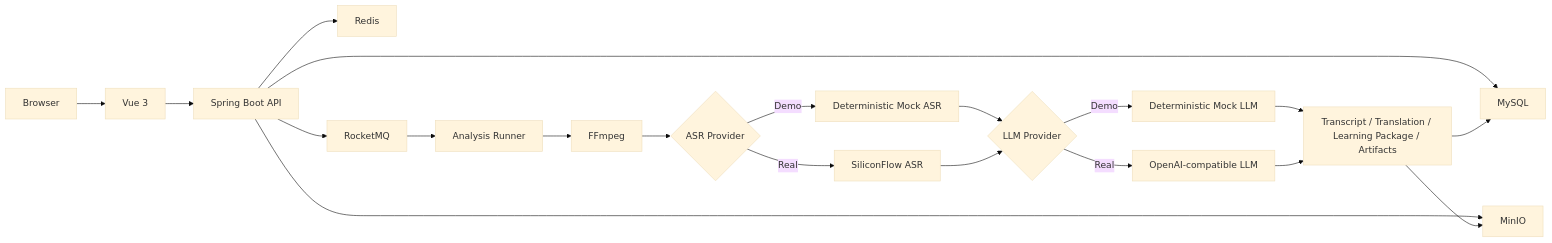
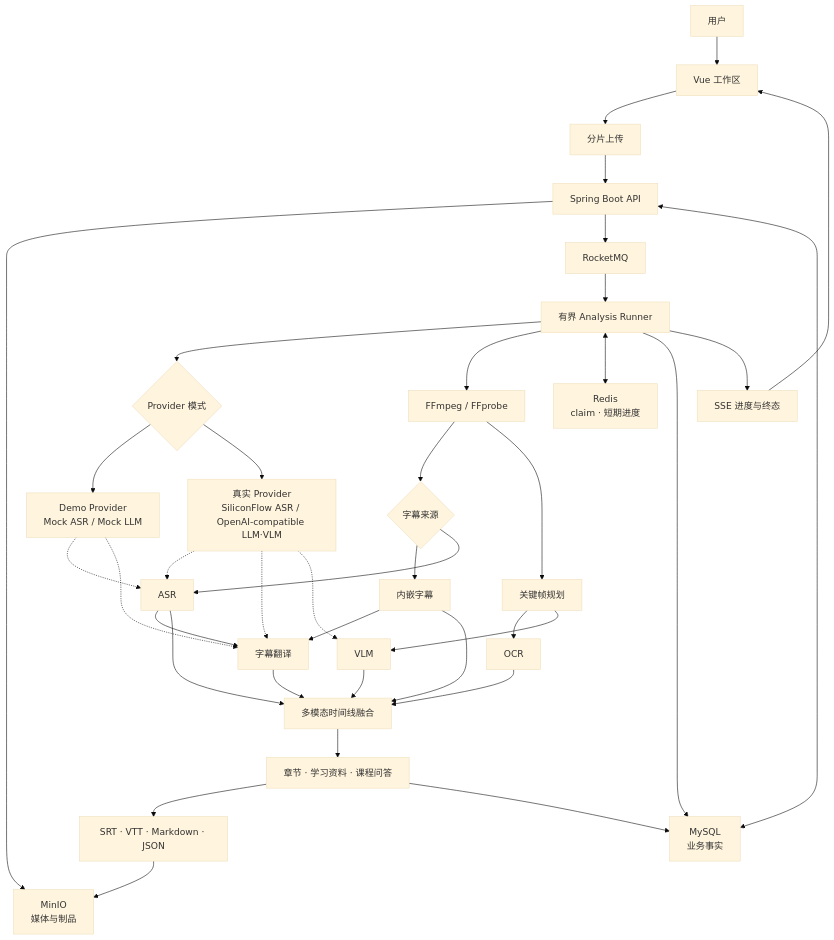
One commit to a27497/lecturelens changed the diagram in README.md. Above: the diagram before and after it, drawn with Mermaid (base theme). The commit also changed other lines of this file, not shown here.

````diff
--- a/README.md
+++ b/README.md
@@ -84,22 +112,40 @@
 ```mermaid
-flowchart LR
-    Browser["Browser"] --> Vue["Vue 3"]
-    Vue --> API["Spring Boot API"]
-    API --> MySQL["MySQL"]
-    API --> Redis["Redis"]
-    API --> MinIO["MinIO"]
+flowchart TB
+    User["用户"] --> Web["Vue 工作区"]
+    Web --> Upload["分片上传"]
+    Upload --> API["Spring Boot API"]
+    API --> MinIO["MinIO<br/>媒体与制品"]
     API --> MQ["RocketMQ"]
-    MQ --> Runner["Analysis Runner"]
-    Runner --> FFmpeg["FFmpeg"]
-    FFmpeg --> ASR{"ASR Provider"}
-    ASR -->|"Demo"| MockASR["Deterministic Mock ASR"]
-    ASR -->|"Real"| RealASR["SiliconFlow ASR"]
-    MockASR --> LLM{"LLM Provider"}
-    RealASR --> LLM
-    LLM -->|"Demo"| MockLLM["Deterministic Mock LLM"]
-    LLM -->|"Real"| RealLLM["OpenAI-compatible LLM"]
-    MockLLM --> Results["Transcript / Translation / Learning Package / Artifacts"]
-    RealLLM --> Results
-    Results --> MySQL
-    Results --> MinIO
+    API <--> MySQL["MySQL<br/>业务事实"]
+    MQ --> Runner["有界 Analysis Runner"]
+    Runner --> Mode{"Provider 模式"}
+    Mode --> Demo["Demo Provider<br/>Mock ASR / Mock LLM"]
+    Mode --> Real["真实 Provider<br/>SiliconFlow ASR / OpenAI-compatible LLM·VLM"]
+    Runner --> FFmpeg["FFmpeg / FFprobe"]
+    FFmpeg --> Subtitle{"字幕来源"}
+    Subtitle --> Embedded["内嵌字幕"]
+    Subtitle --> ASR["ASR"]
+    FFmpeg --> Frames["关键帧规划"]
+    Frames --> OCR["OCR"]
+    Frames --> VLM["VLM"]
+    Demo -.-> ASR
+    Demo -.-> Translate["字幕翻译"]
+    Real -.-> ASR
+    Real -.-> Translate
+    Real -.-> VLM
+    Embedded --> Translate
+    ASR --> Translate
+    Embedded --> Fusion["多模态时间线融合"]
+    ASR --> Fusion
+    Translate --> Fusion
+    OCR --> Fusion
+    VLM --> Fusion
+    Fusion --> Learning["章节 · 学习资料 · 课程问答"]
+    Learning --> Export["SRT · VTT · Markdown · JSON"]
+    Learning --> MySQL
+    Export --> MinIO
+    Runner <--> Redis["Redis<br/>claim · 短期进度"]
+    Runner --> MySQL
+    Runner --> SSE["SSE 进度与终态"]
+    SSE --> Web
 ```
````
